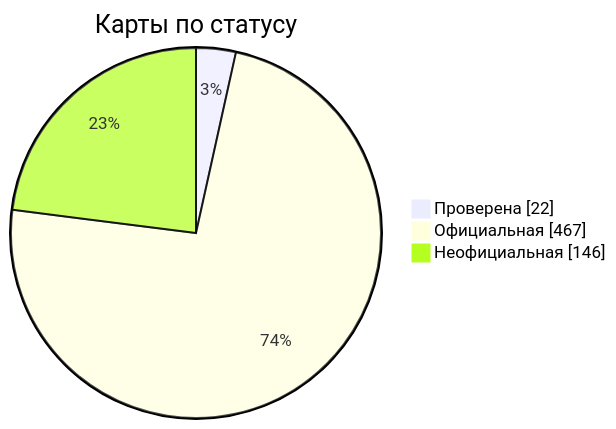
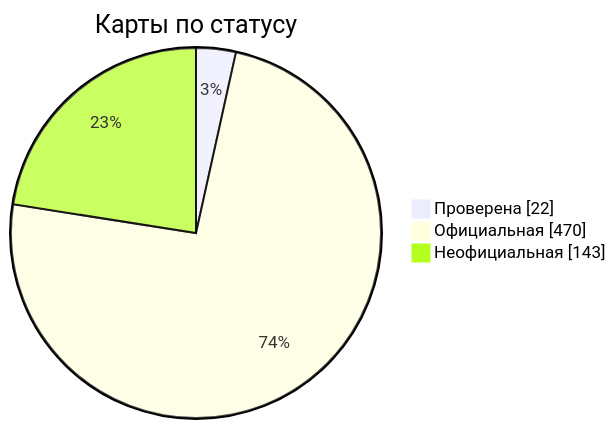
The diagram in docs/readme/README_RU.md (nobrega8/mbmap-library), drawn with Mermaid before and after one commit. The commit also changed 4 other files, not shown here.

````diff
--- a/docs/readme/README_RU.md
+++ b/docs/readme/README_RU.md
@@ -54,7 +54,7 @@
 ```mermaid
 pie showData
     title Карты по статусу
     "Проверена" : 22
-    "Официальная" : 467
-    "Неофициальная" : 146
+    "Официальная" : 470
+    "Неофициальная" : 143
 ```
````
